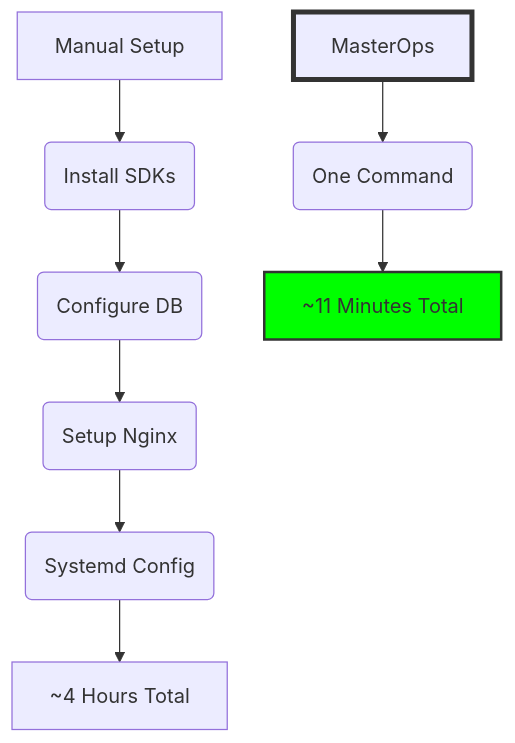
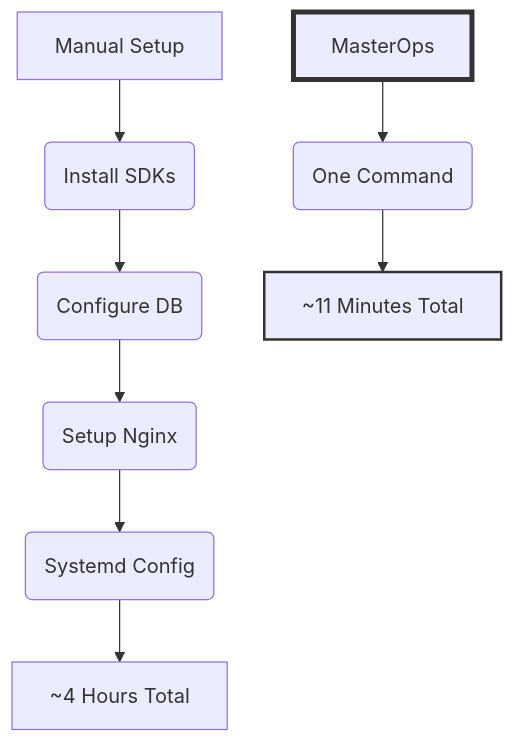
The first of 2 diagrams in README.md (motarekdevops/DevOps-MasterOps), drawn with Mermaid before and after one commit.

Commit message:
Update style for diagram in README.md

````diff
--- a/README.md
+++ b/README.md
@@ -17,14 +17,14 @@
 ```mermaid
 graph TD
     A[Manual Setup] --> B(Install SDKs)
     B --> C(Configure DB)
     C --> D(Setup Nginx)
     D --> E(Systemd Config)
     E --> F[~4 Hours Total]
     
     G[MasterOps] --> H(One Command)
     H --> I[~11 Minutes Total]
     
     style G fill:#f5,stroke:#333,stroke-width:4px
-    style I fill:#00ff00,stroke:#333,stroke-width:2px
+    style I fill:#f5,stroke:#333,stroke-width:2px
 ```
````
